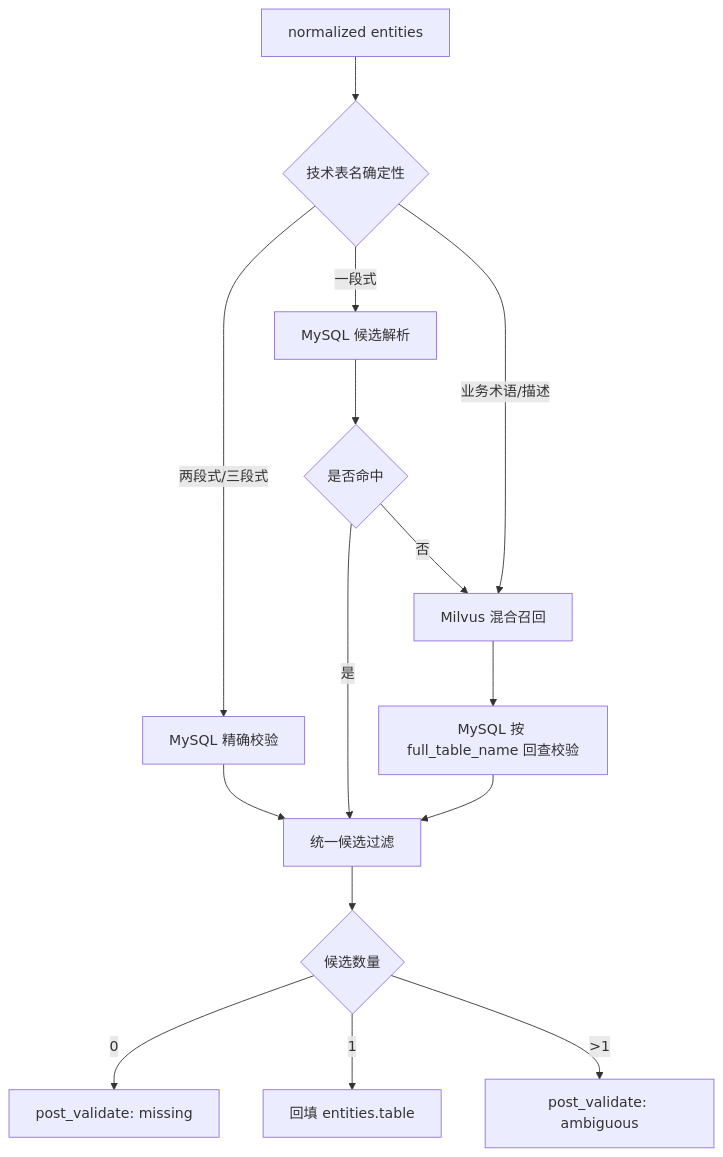
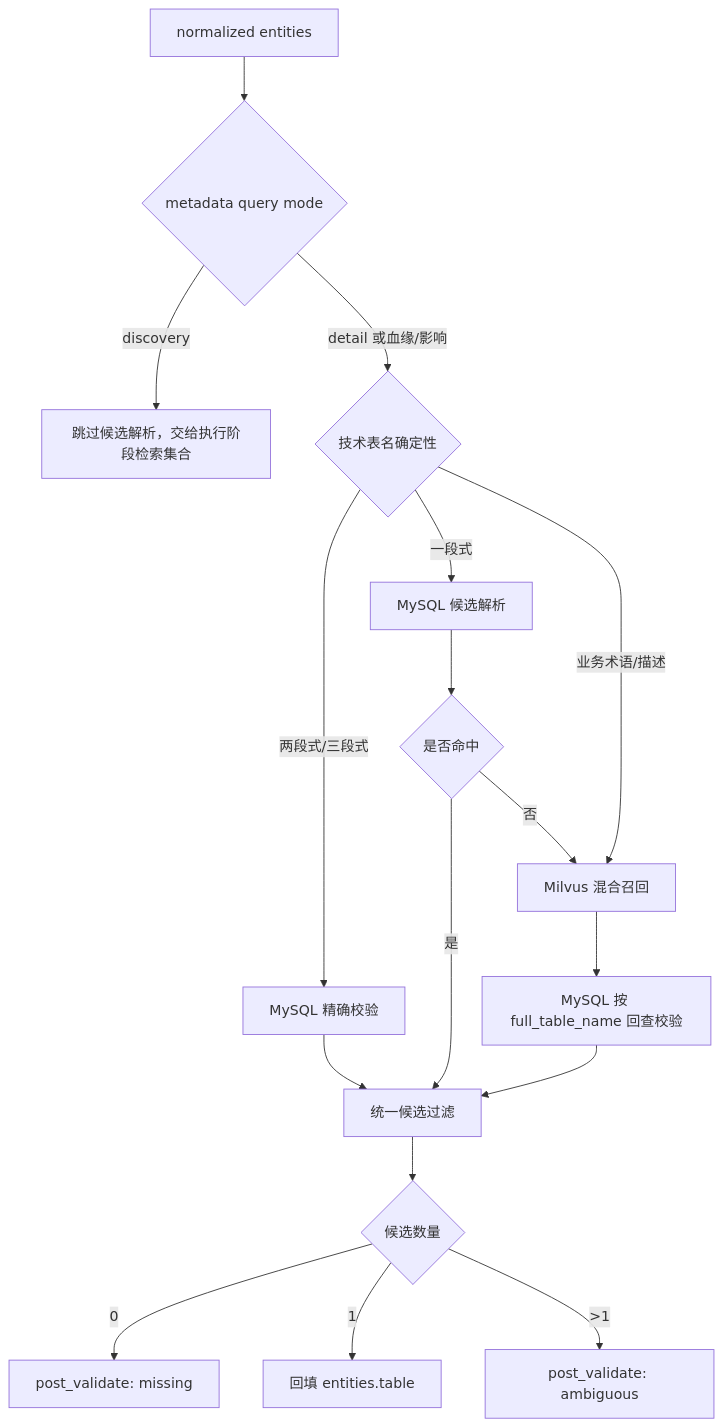
One commit to SunPeiFu/data-agent changed the diagram in docs/metadata_candidate_resolution_design.md. Above: the diagram before and after it, drawn with Mermaid. The commit also changed other lines of this file and 41 other files, not shown here.

````diff
--- a/docs/metadata_candidate_resolution_design.md
+++ b/docs/metadata_candidate_resolution_design.md
@@ -24,17 +30,19 @@
 ```mermaid
 flowchart TD
-    A["normalized entities"] --> B{"技术表名确定性"}
+    A["normalized entities"] --> M{"metadata query mode"}
+    M -->|"discovery"| N["跳过候选解析，交给执行阶段检索集合"]
+    M -->|"detail 或血缘/影响"| B{"技术表名确定性"}
     B -->|"两段式/三段式"| C["MySQL 精确校验"]
     B -->|"一段式"| D["MySQL 候选解析"]
     D --> E{"是否命中"}
     E -->|"是"| H["统一候选过滤"]
     E -->|"否"| F["Milvus 混合召回"]
     B -->|"业务术语/描述"| F
     F --> G["MySQL 按 full_table_name 回查校验"]
     C --> H
     G --> H
     H --> I{"候选数量"}
     I -->|"0"| J["post_validate: missing"]
     I -->|"1"| K["回填 entities.table"]
     I -->|">1"| L["post_validate: ambiguous"]
 ```
````
